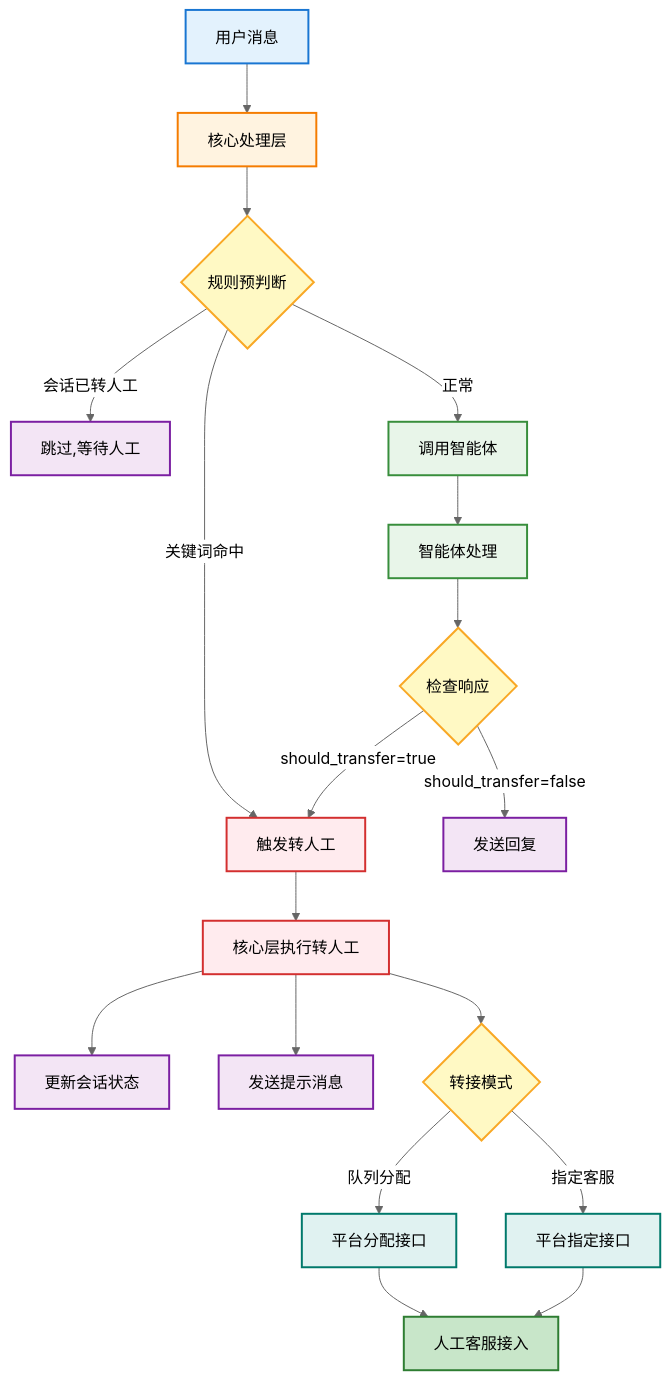
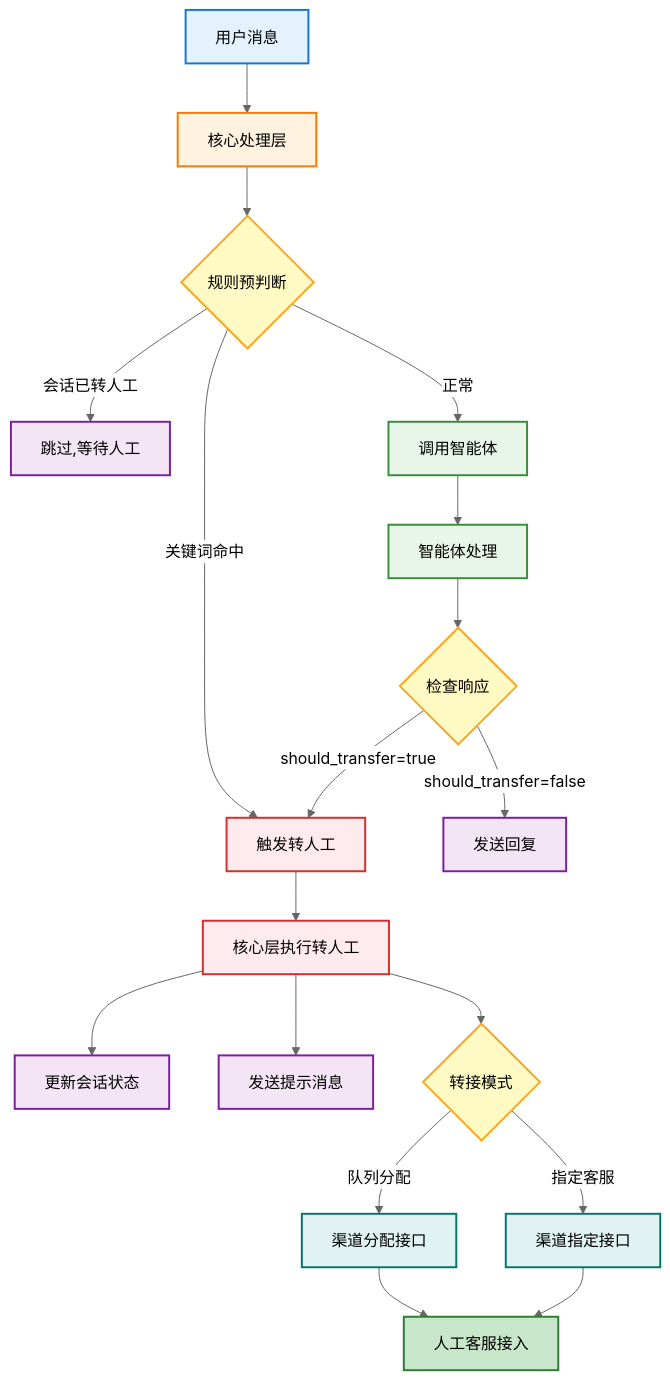
Diagram 14 of 17 in docs/requirements.md (liushoukun/huizhida-chatbot), drawn with Mermaid (neutral theme) before and after one commit. The commit also changed other lines of this file and 1 other file, not shown here.

````diff
--- a/docs/requirements.md
+++ b/docs/requirements.md
@@ -1776,47 +1776,47 @@
 ```mermaid
 flowchart TD
     A[用户消息] --> B[核心处理层]
     
     B --> C{规则预判断}
     C -->|关键词命中| D[触发转人工]
     C -->|会话已转人工| E[跳过,等待人工]
     C -->|正常| F[调用智能体]
     
     F --> G[智能体处理]
     G --> H{检查响应}
     
     H -->|should_transfer=true| D
     H -->|should_transfer=false| I[发送回复]
     
     D --> J[核心层执行转人工]
     
     J --> K[更新会话状态]
     J --> L[发送提示消息]
     J --> M{转接模式}
     
-    M -->|队列分配| N[平台分配接口]
-    M -->|指定客服| O[平台指定接口]
+    M -->|队列分配| N[渠道分配接口]
+    M -->|指定客服| O[渠道指定接口]
     
     N --> P[人工客服接入]
     O --> P
 
     %% 样式定义
     classDef inputStyle fill:#E3F2FD,stroke:#1976D2,stroke-width:2px,color:#000
     classDef processStyle fill:#FFF3E0,stroke:#F57C00,stroke-width:2px,color:#000
     classDef decisionStyle fill:#FFF9C4,stroke:#F9A825,stroke-width:2px,color:#000
     classDef agentStyle fill:#E8F5E9,stroke:#388E3C,stroke-width:2px,color:#000
     classDef transferStyle fill:#FFEBEE,stroke:#D32F2F,stroke-width:2px,color:#000
     classDef actionStyle fill:#F3E5F5,stroke:#7B1FA2,stroke-width:2px,color:#000
-    classDef platformStyle fill:#E0F2F1,stroke:#00796B,stroke-width:2px,color:#000
+    classDef channelStyle fill:#E0F2F1,stroke:#00796B,stroke-width:2px,color:#000
     classDef successStyle fill:#C8E6C9,stroke:#2E7D32,stroke-width:2px,color:#000
 
     %% 应用样式
     class A inputStyle
     class B processStyle
     class C,H,M decisionStyle
     class F,G agentStyle
     class D,J transferStyle
     class E,I,K,L actionStyle
-    class N,O platformStyle
+    class N,O channelStyle
     class P successStyle
 ```
````
